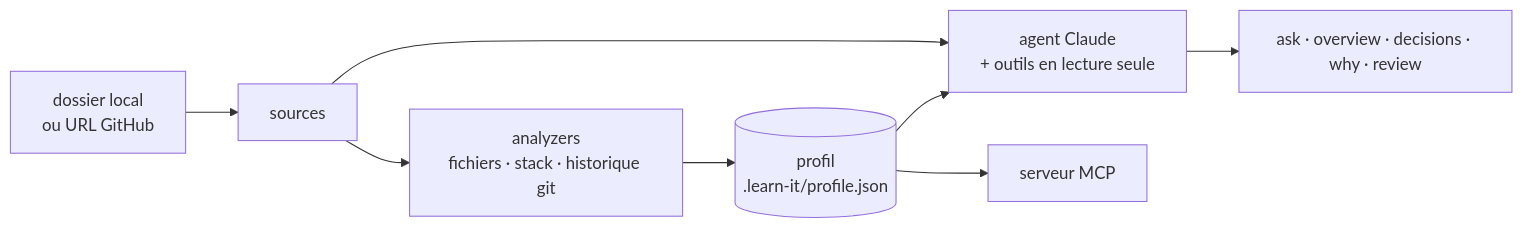
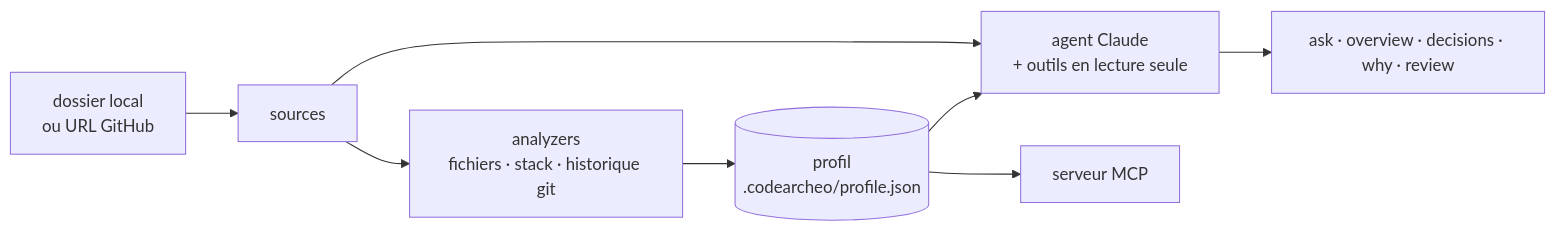
One commit to maximilien-ilic/codearcheo changed the diagram in README.md. Above: the diagram before and after it, drawn with Mermaid. The commit also changed other lines of this file and 124 other files, not shown here.

````diff
--- a/README.md
+++ b/README.md
@@ -69,10 +71,10 @@
 ```mermaid
 flowchart LR
     T["dossier local<br/>ou URL GitHub"] --> S[sources]
     S --> A["analyzers<br/>fichiers · stack · historique git"]
-    A --> P[("profil<br/>.learn-it/profile.json")]
+    A --> P[("profil<br/>.codearcheo/profile.json")]
     P --> G["agent Claude<br/>+ outils en lecture seule"]
     S --> G
     G --> F["ask · overview · decisions · why · review"]
     P --> M["serveur MCP"]
 ```
````
